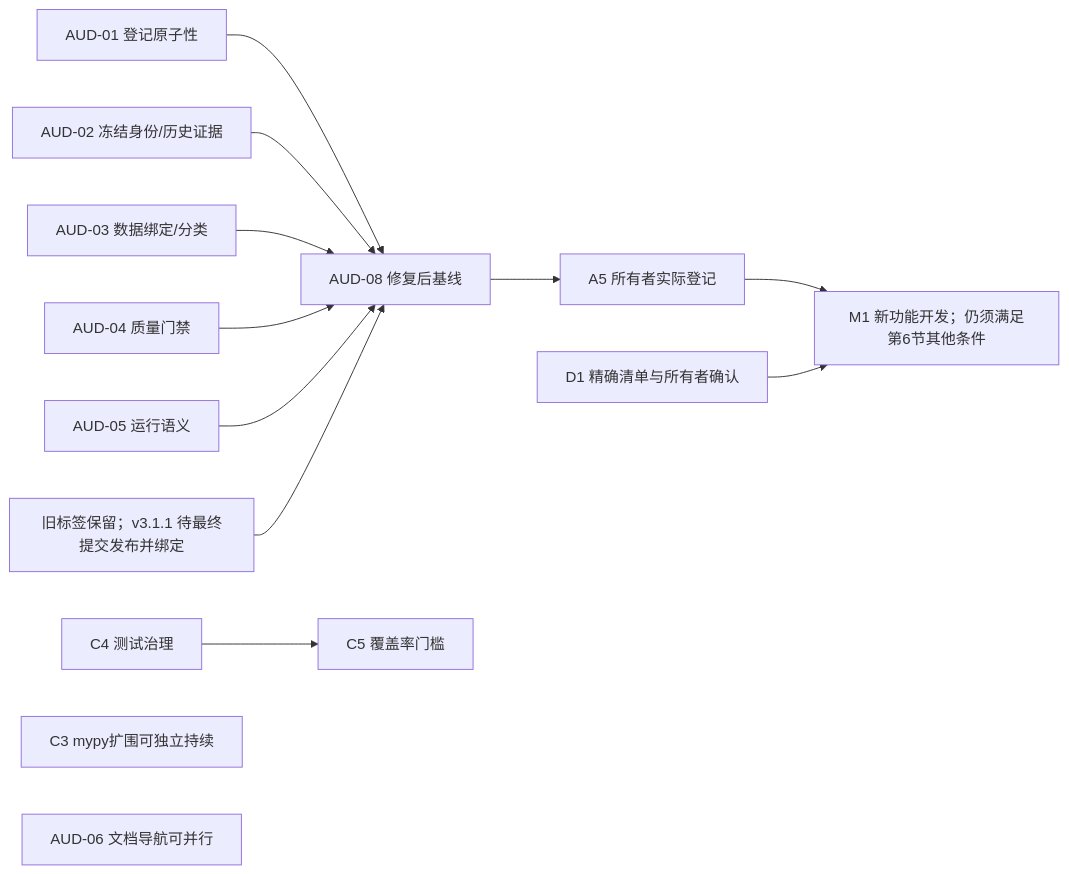
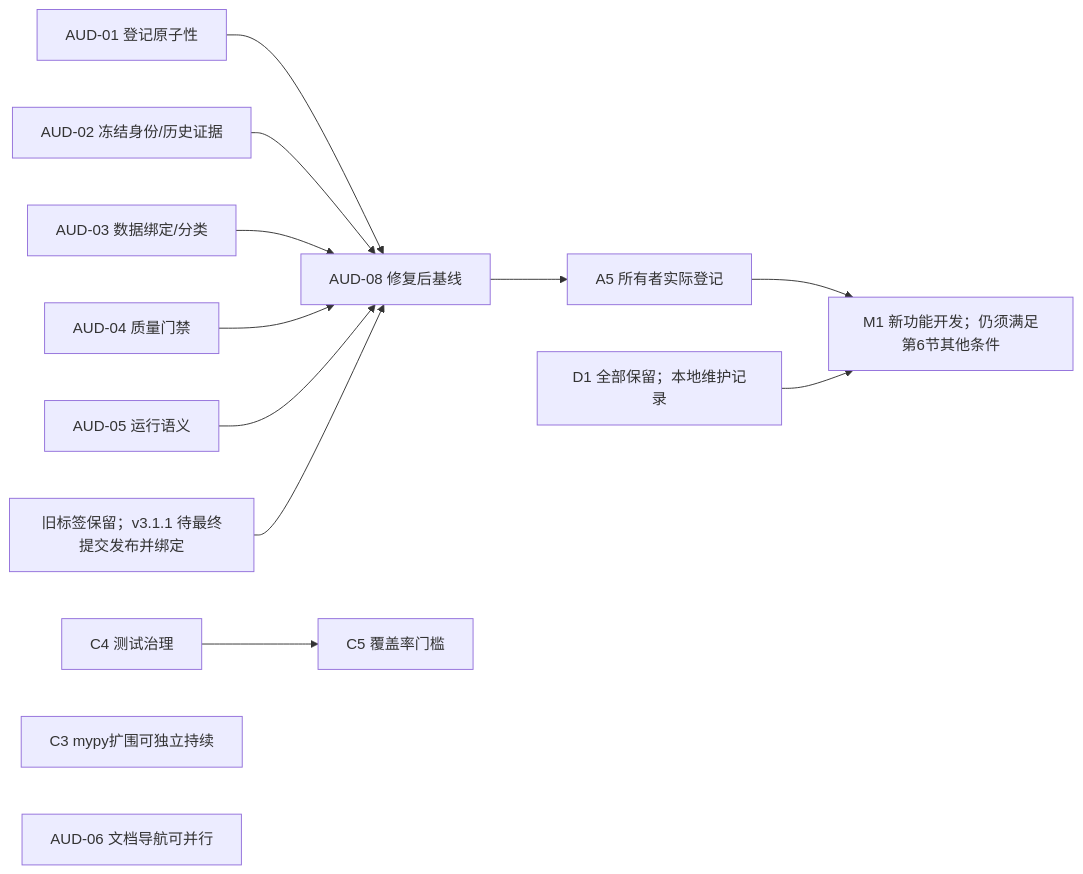
Before and after one commit to user-nmmmmm/QuantTradingV2: the diagram in docs/infrastructure_roadmap.md, drawn with Mermaid. The commit also changed other lines of this file and 3 other files, not shown here.

````diff
--- a/docs/infrastructure_roadmap.md
+++ b/docs/infrastructure_roadmap.md
@@ -153,15 +154,15 @@
 ```mermaid
 flowchart LR
   A1["AUD-01 登记原子性"] --> V["AUD-08 修复后基线"]
   A2["AUD-02 冻结身份/历史证据"] --> V
   A3["AUD-03 数据绑定/分类"] --> V
   A4["AUD-04 质量门禁"] --> V
   A5["AUD-05 运行语义"] --> V
   TAG["旧标签保留；v3.1.1 待最终提交发布并绑定"] --> V
   V --> REG["A5 所有者实际登记"]
   REG --> M1["M1 新功能开发；仍须满足第6节其他条件"]
-  D1["D1 精确清单与所有者确认"] --> M1
+  D1["D1 全部保留；本地维护记录"] --> M1
   C4["C4 测试治理"] --> C5["C5 覆盖率门槛"]
   C3["C3 mypy扩围可独立持续"]
   DOC["AUD-06 文档导航可并行"]
 ```
````
